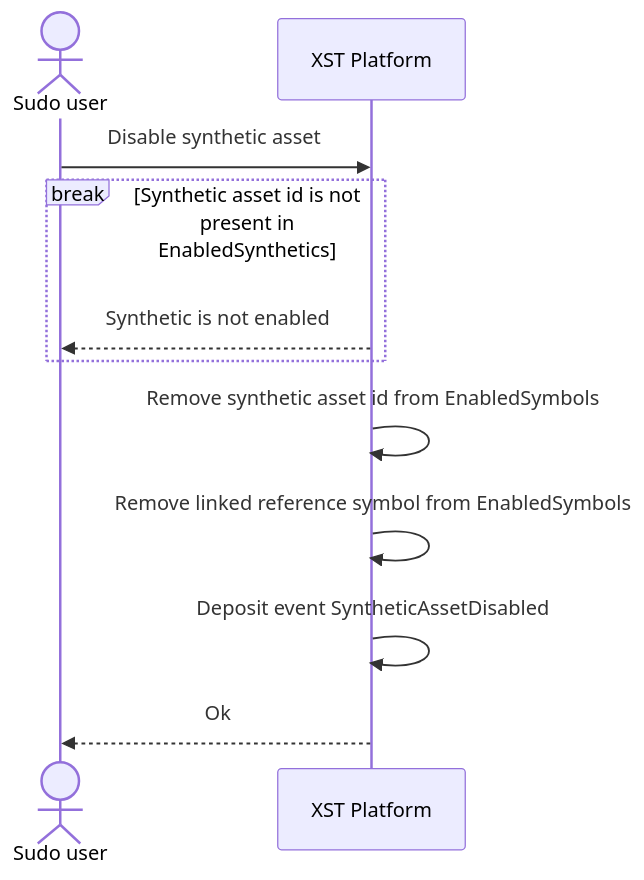
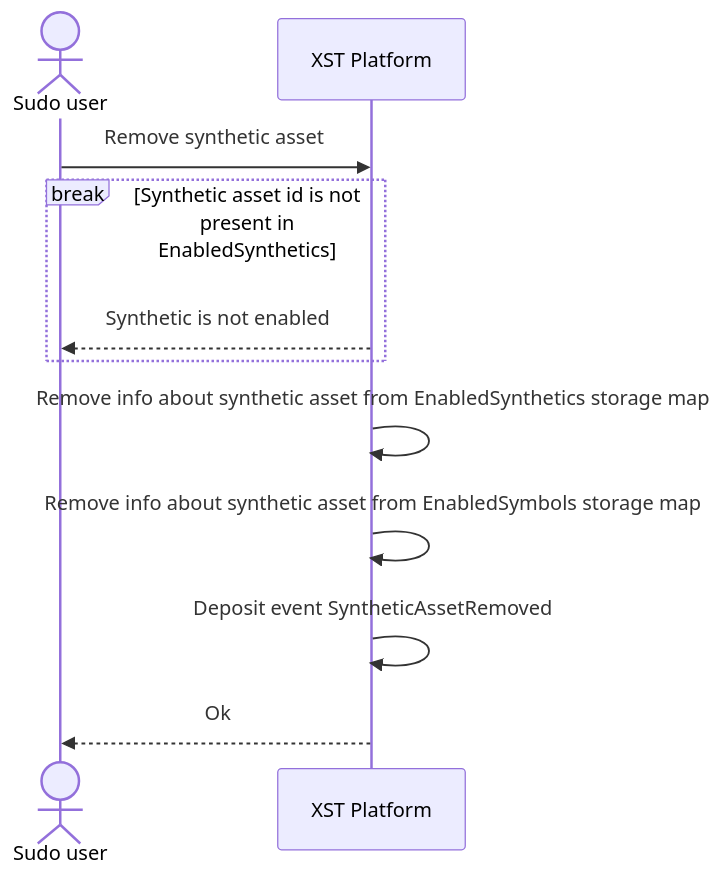
Before and after one commit to sora-xor/sora-docs: the fifth of 10 diagrams in src/synthetics.md, drawn with Mermaid. The commit also changed other lines of this file, not shown here.

````diff
--- a/src/synthetics.md
+++ b/src/synthetics.md
@@ -162,14 +197,13 @@
 ```mermaid
 sequenceDiagram
     actor S as Sudo user
     participant X as XST Platform
-
-    S->>X: Disable synthetic asset
+    S->>X: Remove synthetic asset
     break Synthetic asset id is not present in EnabledSynthetics
         X-->>S: Synthetic is not enabled
     end
-    X->>X: Remove synthetic asset id from EnabledSymbols
-    X->>X: Remove linked reference symbol from EnabledSymbols
-    X->>X: Deposit event SyntheticAssetDisabled
+    X->>X: Remove info about synthetic asset from EnabledSynthetics storage map
+    X->>X: Remove info about synthetic asset from EnabledSymbols storage map
+    X->>X: Deposit event SyntheticAssetRemoved
     X-->>S: Ok
 ```
````
